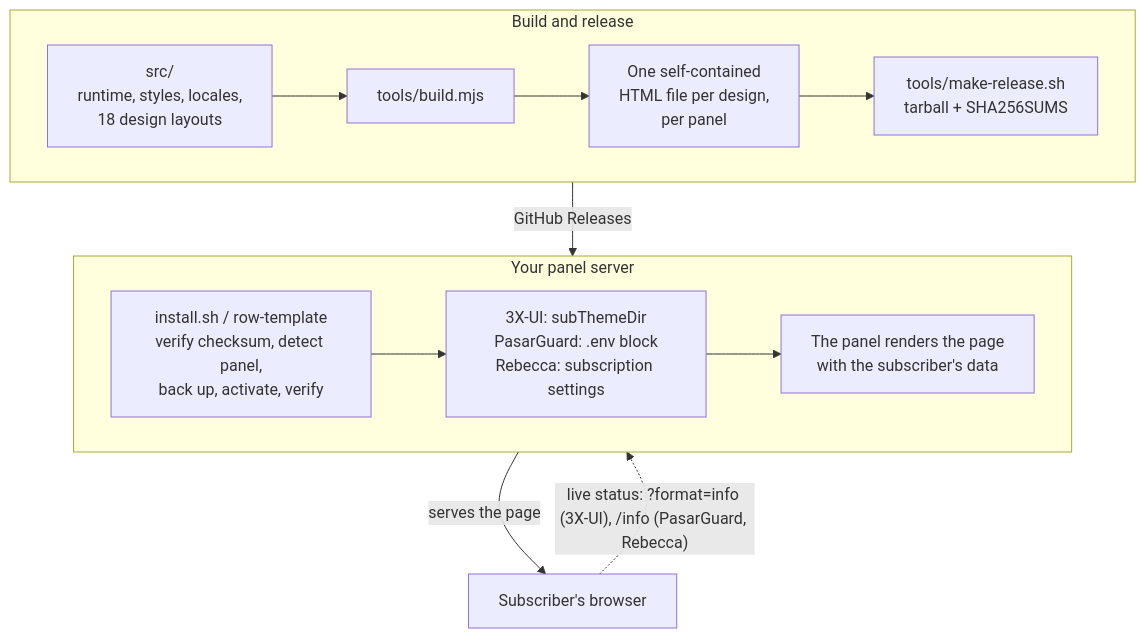
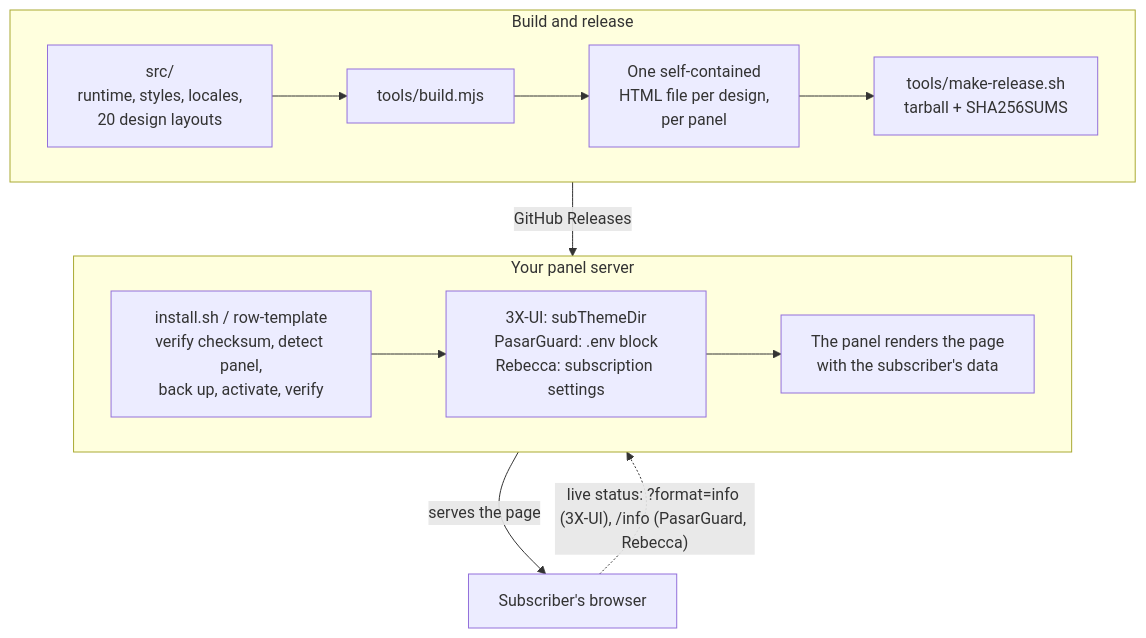
Before and after one commit to zarkmakerburg/Gold-Template: the diagram in README.md, drawn with Mermaid. The commit also changed other lines of this file, not shown here.

````diff
--- a/README.md
+++ b/README.md
@@ -143,17 +151,17 @@
 ```mermaid
 flowchart TB
   subgraph build ["Build and release"]
     direction LR
-    SRC["src/<br/>runtime, styles, locales,<br/>18 design layouts"] --> BUILD["tools/build.mjs"]
+    SRC["src/<br/>runtime, styles, locales,<br/>20 design layouts"] --> BUILD["tools/build.mjs"]
     BUILD --> ART["One self-contained<br/>HTML file per design,<br/>per panel"]
     ART --> REL["tools/make-release.sh<br/>tarball + SHA256SUMS"]
   end
   subgraph host ["Your panel server"]
     direction LR
     INST["install.sh / row-template<br/>verify checksum, detect panel,<br/>back up, activate, verify"] --> DIR["3X-UI: subThemeDir<br/>PasarGuard: .env block<br/>Rebecca: subscription settings"]
     DIR --> XUI["The panel renders the page<br/>with the subscriber's data"]
   end
   build -- "GitHub Releases" --> host
   host -- "serves the page" --> BROWSER["Subscriber's browser"]
   BROWSER -. "live status: ?format=info (3X-UI), /info (PasarGuard, Rebecca)" .-> host
 ```
````
